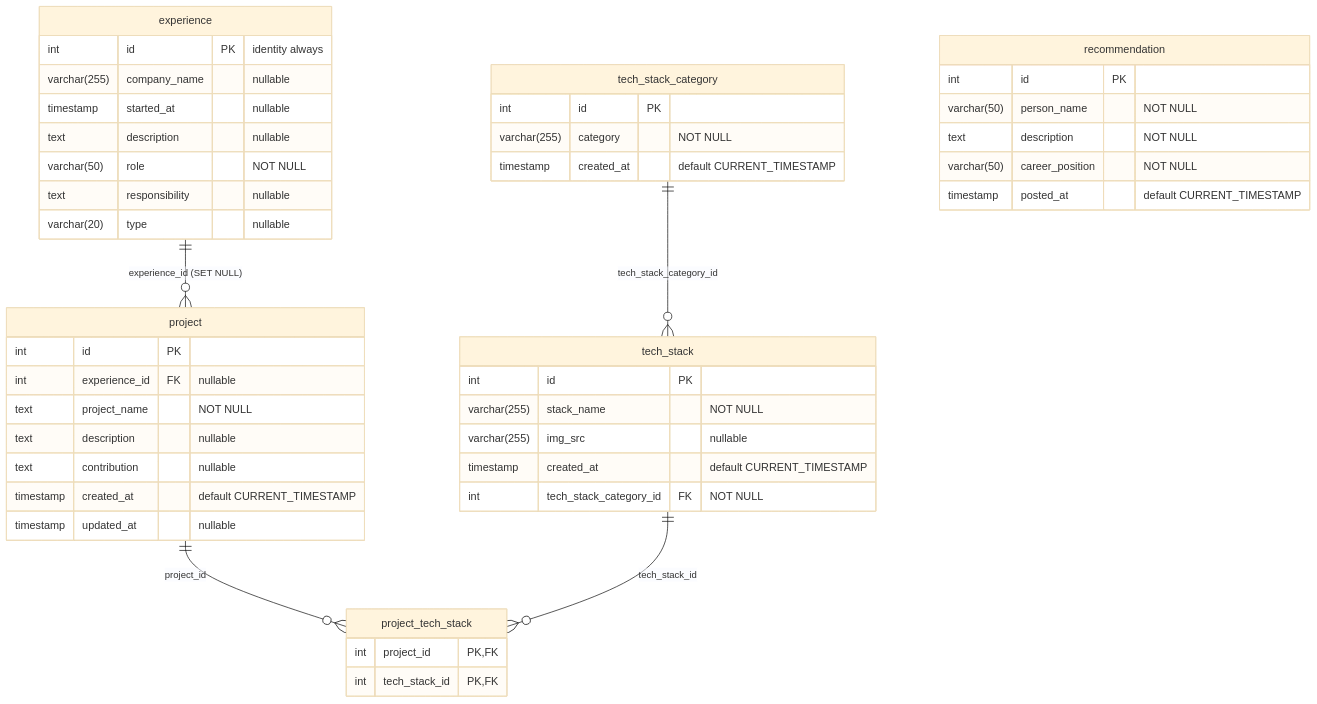
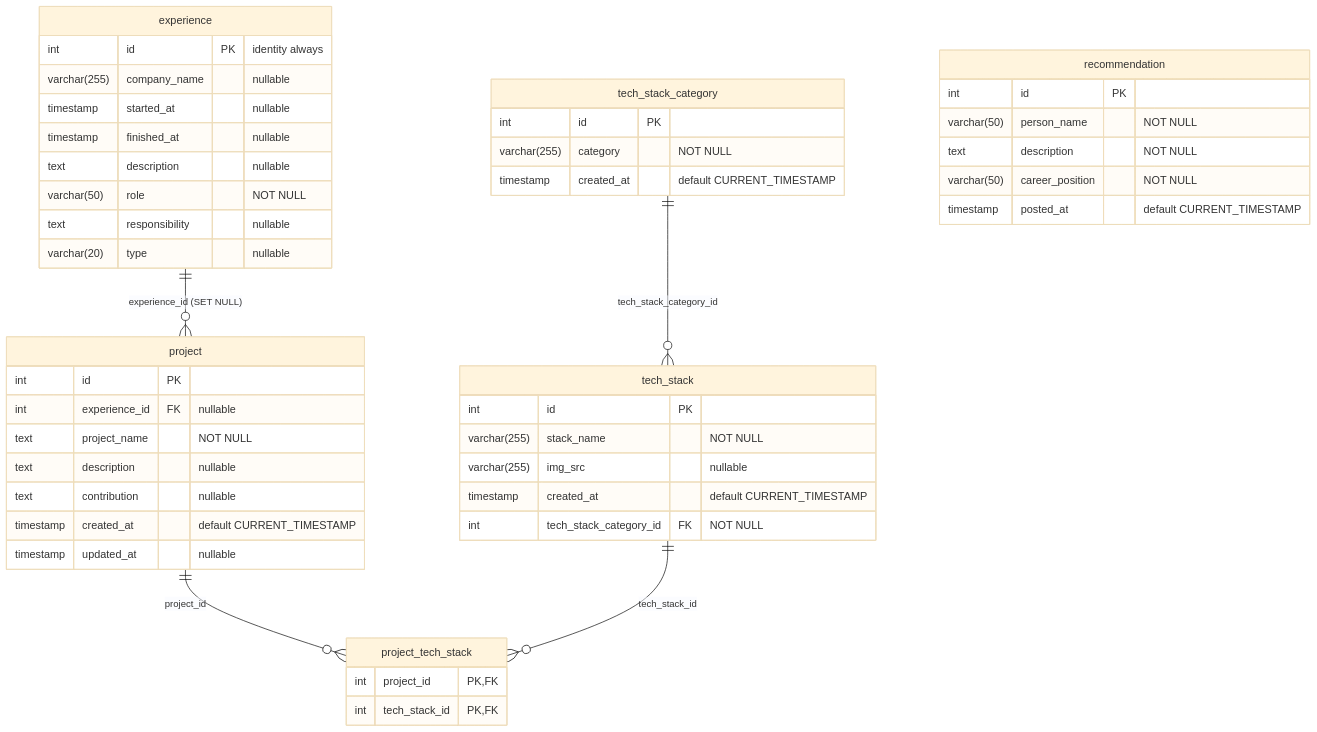
One commit to jobearry/jg-core-backend changed the diagram in .github/docs/database.md. Above: the diagram before and after it, drawn with Mermaid (base theme). The commit also changed other lines of this file and 19 other files, not shown here.

````diff
--- a/.github/docs/database.md
+++ b/.github/docs/database.md
@@ -8,54 +8,55 @@
 ```mermaid
 erDiagram
     experience ||--o{ project : "experience_id (SET NULL)"
     project ||--o{ project_tech_stack : "project_id"
     tech_stack ||--o{ project_tech_stack : "tech_stack_id"
     tech_stack_category ||--o{ tech_stack : "tech_stack_category_id"
 
     experience {
         int id PK "identity always"
         varchar(255) company_name "nullable"
         timestamp started_at "nullable"
+        timestamp finished_at "nullable"
         text description "nullable"
         varchar(50) role "NOT NULL"
         text responsibility "nullable"
         varchar(20) type "nullable"
     }
 
     project {
         int id PK
         int experience_id FK "nullable"
         text project_name "NOT NULL"
         text description "nullable"
         text contribution "nullable"
         timestamp created_at "default CURRENT_TIMESTAMP"
         timestamp updated_at "nullable"
     }
 
     project_tech_stack {
         int project_id PK,FK
         int tech_stack_id PK,FK
     }
 
     tech_stack {
         int id PK
         varchar(255) stack_name "NOT NULL"
         varchar(255) img_src "nullable"
         timestamp created_at "default CURRENT_TIMESTAMP"
         int tech_stack_category_id FK "NOT NULL"
     }
 
     tech_stack_category {
         int id PK
         varchar(255) category "NOT NULL"
         timestamp created_at "default CURRENT_TIMESTAMP"
     }
 
     recommendation {
         int id PK
         varchar(50) person_name "NOT NULL"
         text description "NOT NULL"
         varchar(50) career_position "NOT NULL"
         timestamp posted_at "default CURRENT_TIMESTAMP"
     }
 ```
````
